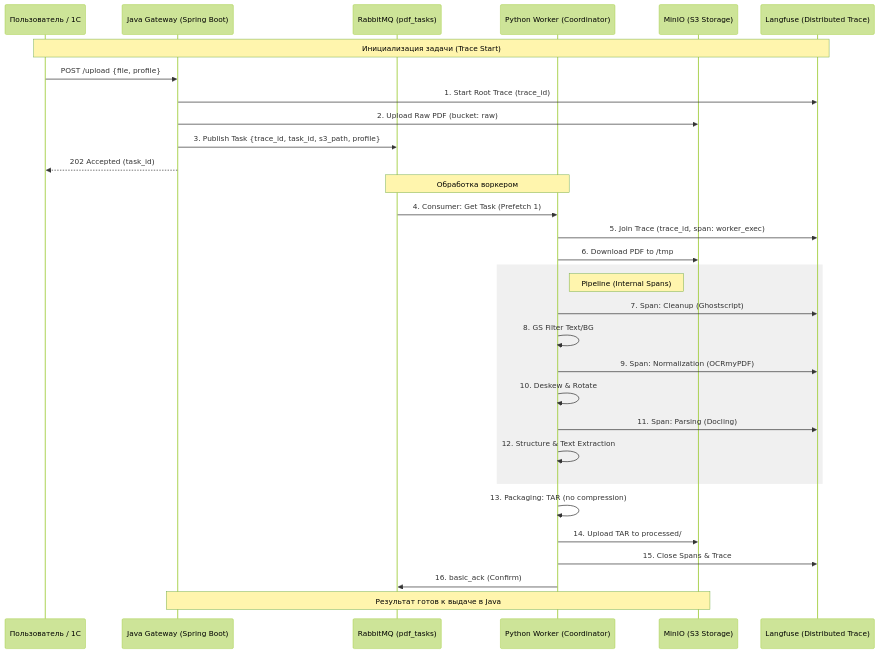
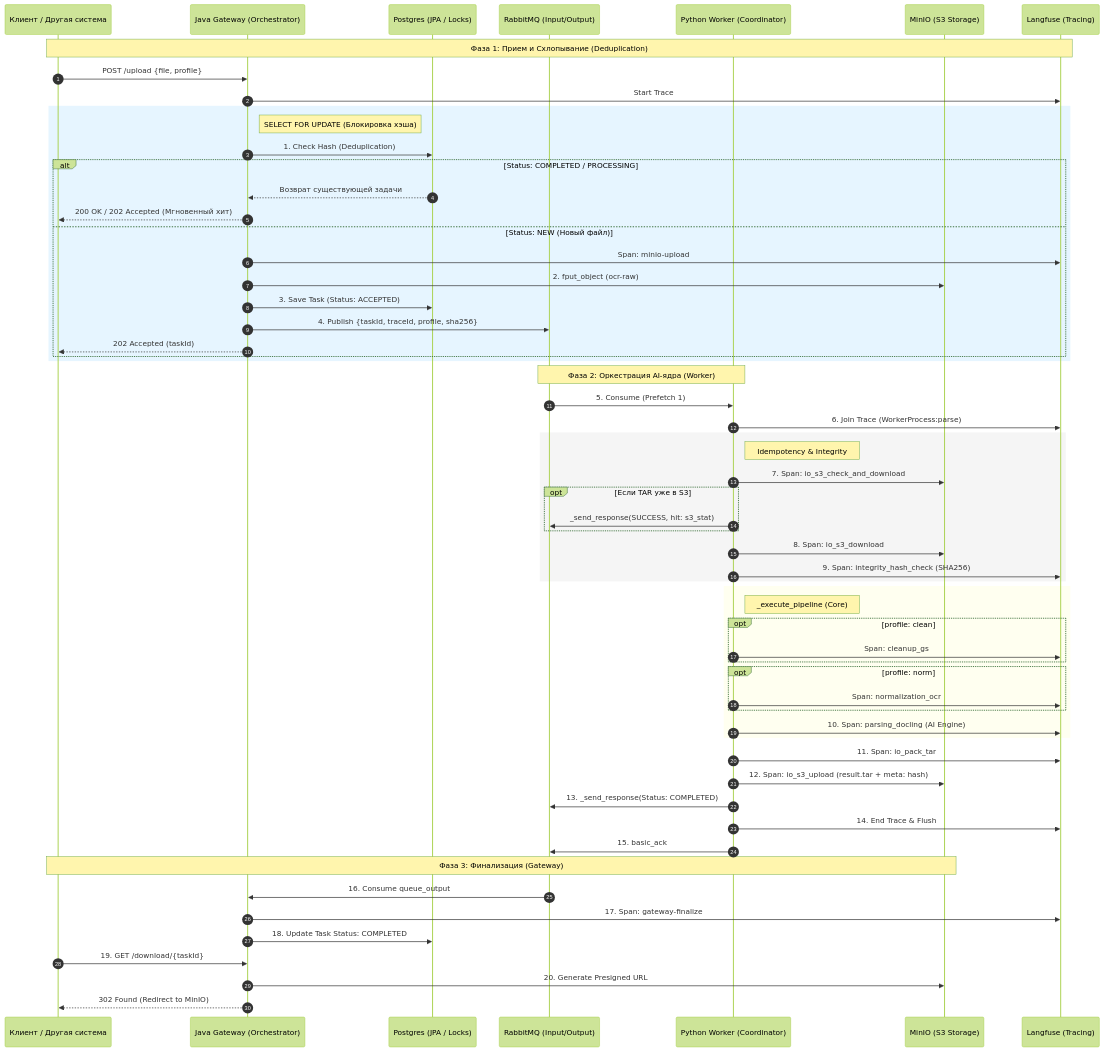
Before and after one commit to AlekseiPetrovJ/ocr-gateway-orchestrator: the diagram in README.md, drawn with Mermaid (forest theme). The commit also changed other lines of this file and 3 other files, not shown here.

````diff
--- a/README.md
+++ b/README.md
@@ -33,41 +47,72 @@
 ```mermaid
 sequenceDiagram
-    participant User as Пользователь / 1С
-    participant Java as Java Gateway (Spring Boot)
-    participant RMQ as RabbitMQ (pdf_tasks)
+    autonumber
+    participant User as Клиент / Другая система
+    participant Java as Java Gateway (Orchestrator)
+    participant DB as Postgres (JPA / Locks)
+    participant RMQ as RabbitMQ (Input/Output)
     participant Worker as Python Worker (Coordinator)
     participant S3 as MinIO (S3 Storage)
-    participant LF as Langfuse (Distributed Trace)
+    participant LF as Langfuse (Tracing)
 
-    Note over User, LF: Инициализация задачи (Trace Start)
+    Note over User, LF: Фаза 1: Прием и Схлопывание (Deduplication)
     User->>Java: POST /upload {file, profile}
-    Java->>LF: 1. Start Root Trace (trace_id)
-    Java->>S3: 2. Upload Raw PDF (bucket: raw)
-    Java->>RMQ: 3. Publish Task {trace_id, task_id, s3_path, profile}
-    Java-->>User: 202 Accepted (task_id)
-
-    Note over RMQ, Worker: Обработка воркером
-    RMQ->>Worker: 4. Consumer: Get Task (Prefetch 1)
-    Worker->>LF: 5. Join Trace (trace_id, span: worker_exec)
+    Java->>LF: Start Trace
     
-    Worker->>S3: 6. Download PDF to /tmp
-    
-    rect rgb(240, 240, 240)
-    Note right of Worker: Pipeline (Internal Spans)
-    Worker->>LF: 7. Span: Cleanup (Ghostscript)
-    Worker->>Worker: 8. GS Filter Text/BG
-    Worker->>LF: 9. Span: Normalization (OCRmyPDF)
-    Worker->>Worker: 10. Deskew & Rotate
-    Worker->>LF: 11. Span: Parsing (Docling)
-    Worker->>Worker: 12. Structure & Text Extraction
+    rect rgb(230, 245, 255)
+    Note right of Java: SELECT FOR UPDATE (Блокировка хэша)
+    Java->>DB: 1. Check Hash (Deduplication)
+    alt Status: COMPLETED / PROCESSING
+        DB-->>Java: Возврат существующей задачи
+        Java-->>User: 200 OK / 202 Accepted (Мгновенный хит)
+    else Status: NEW (Новый файл)
+        Java->>LF: Span: minio-upload
+        Java->>S3: 2. fput_object (ocr-raw)
+        Java->>DB: 3. Save Task (Status: ACCEPTED)
+        Java->>RMQ: 4. Publish {taskId, traceId, profile, sha256}
+        Java-->>User: 202 Accepted (taskId)
+    end
     end
 
-    Worker->>Worker: 13. Packaging: TAR (no compression)
-    Worker->>S3: 14. Upload TAR to processed/
+    Note over RMQ, Worker: Фаза 2: Оркестрация AI-ядра (Worker)
+    RMQ->>Worker: 5. Consume (Prefetch 1)
+    Worker->>LF: 6. Join Trace (WorkerProcess:parse)
     
-    Worker->>LF: 15. Close Spans & Trace
-    Worker->>RMQ: 16. basic_ack (Confirm)
+    rect rgb(245, 245, 245)
+    Note right of Worker: Idempotency & Integrity
+    Worker->>S3: 7. Span: io_s3_check_and_download
+    opt Если TAR уже в S3
+        Worker->>RMQ: _send_response(SUCCESS, hit: s3_stat)
+    end
+    Worker->>S3: 8. Span: io_s3_download
+    Worker->>LF: 9. Span: integrity_hash_check (SHA256)
+    end
 
-    Note over Java, S3: Результат готов к выдаче в Java
+    rect rgb(255, 255, 240)
+    Note right of Worker: _execute_pipeline (Core)
+    opt profile: clean
+        Worker->>LF: Span: cleanup_gs
+    end
+    opt profile: norm
+        Worker->>LF: Span: normalization_ocr
+    end
+    Worker->>LF: 10. Span: parsing_docling (AI Engine)
+    end
+
+    Worker->>LF: 11. Span: io_pack_tar
+    Worker->>S3: 12. Span: io_s3_upload (result.tar + meta: hash)
+    Worker->>RMQ: 13. _send_response(Status: COMPLETED)
+    Worker->>LF: 14. End Trace & Flush
+    Worker->>RMQ: 15. basic_ack
+
+    Note over User, S3: Фаза 3: Финализация (Gateway)
+    RMQ->>Java: 16. Consume queue_output
+    Java->>LF: 17. Span: gateway-finalize
+    Java->>DB: 18. Update Task Status: COMPLETED
+    
+    User->>Java: 19. GET /download/{taskId}
+    Java->>S3: 20. Generate Presigned URL
+    Java-->>User: 302 Found (Redirect to MinIO)
+
 
 ```
````
